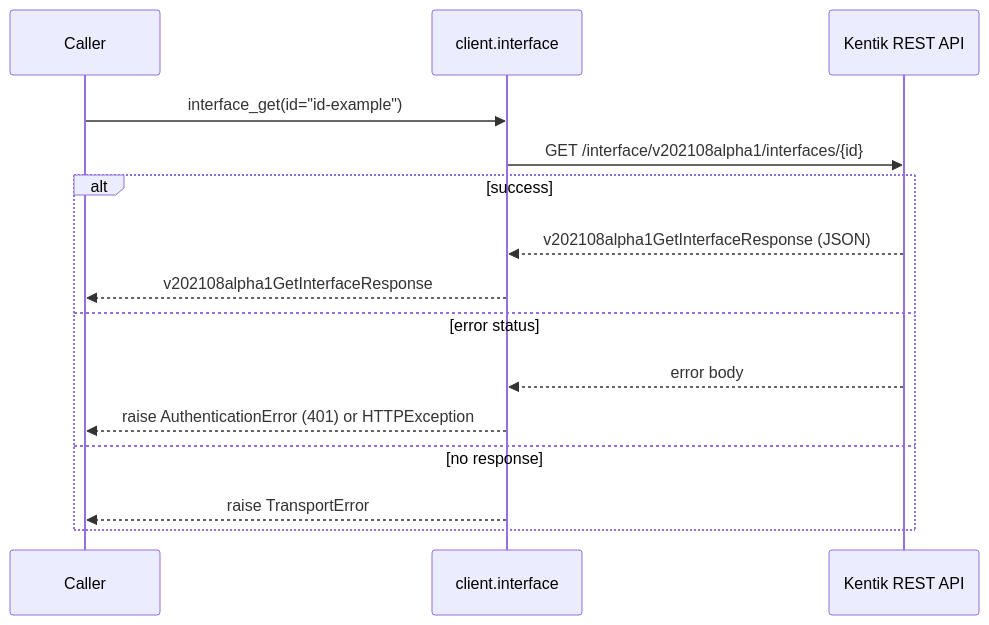
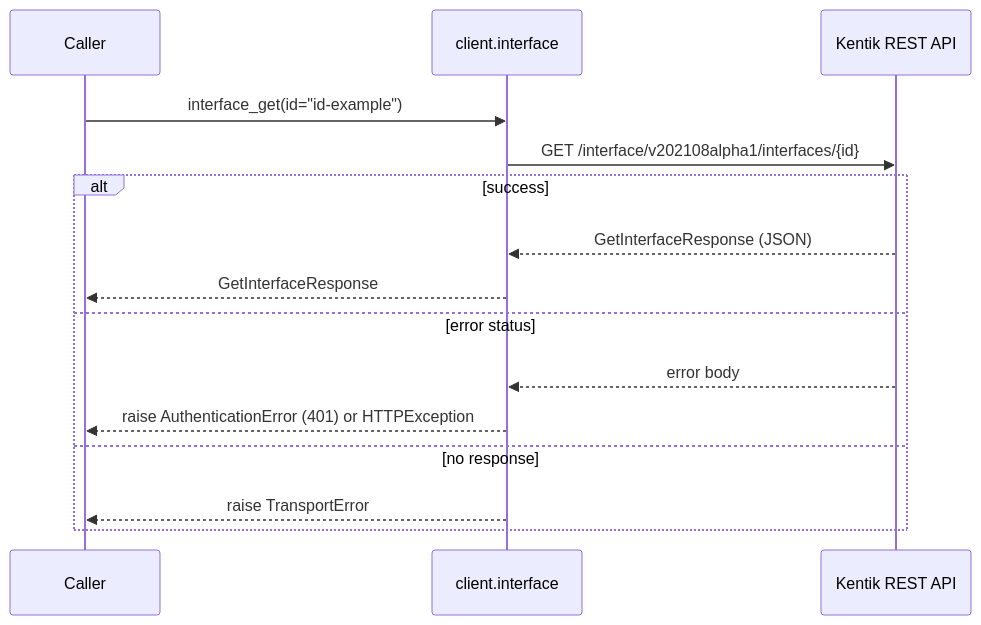
Before and after one commit to alexdearaujo/community_sdk_python: the sixth of 14 diagrams in docs/sphinx/services/interface.md, drawn with Mermaid. The commit also changed other lines of this file and 38 other files, not shown here.

````diff
--- a/docs/sphinx/services/interface.md
+++ b/docs/sphinx/services/interface.md
@@ -194,18 +194,18 @@
 ```mermaid
 sequenceDiagram
     participant C as Caller
     participant W as client.interface
     participant API as Kentik REST API
 
     C->>W: interface_get(id="id-example")
     W->>API: GET /interface/v202108alpha1/interfaces/{id}
     alt success
-        API-->>W: v202108alpha1GetInterfaceResponse (JSON)
-        W-->>C: v202108alpha1GetInterfaceResponse
+        API-->>W: GetInterfaceResponse (JSON)
+        W-->>C: GetInterfaceResponse
     else error status
         API-->>W: error body
         W-->>C: raise AuthenticationError (401) or HTTPException
     else no response
         W-->>C: raise TransportError
     end
 ```
````
